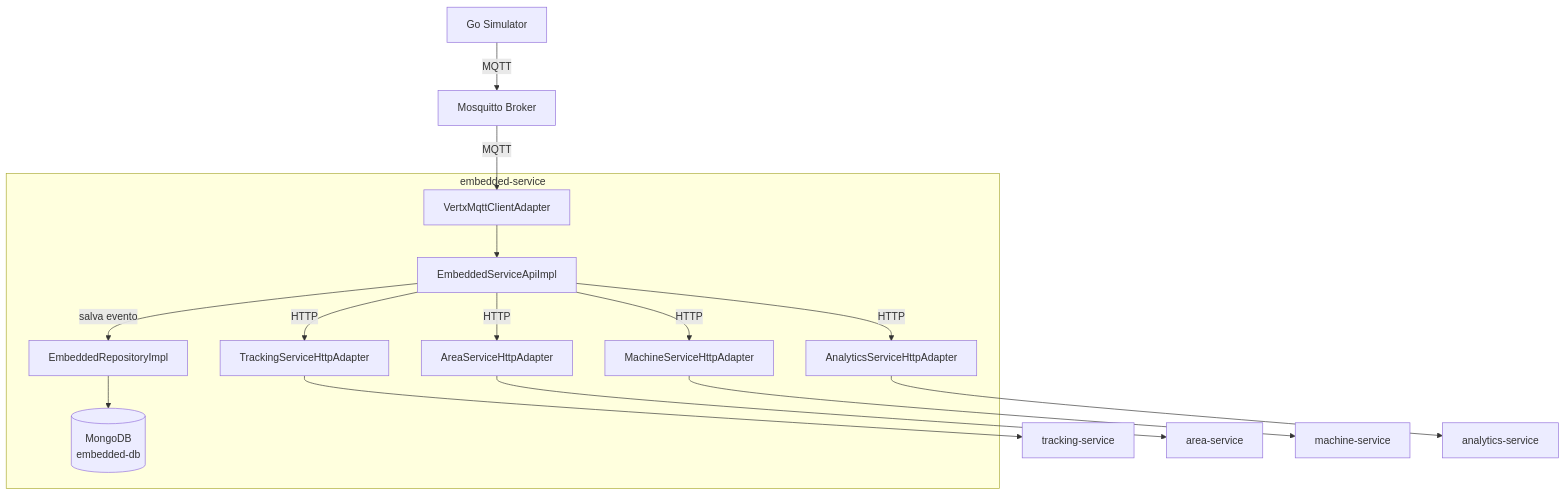
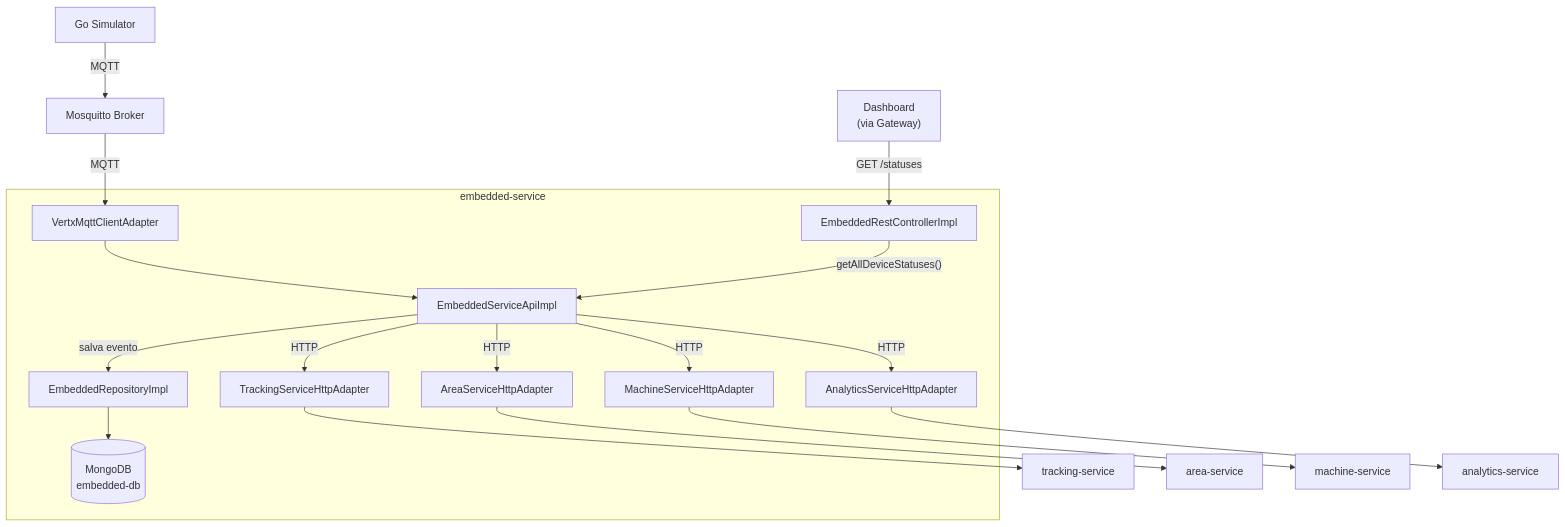
The ninth of 10 diagrams in docs/report/Implementation.md (piertv21/SmartGym-Monitor), drawn with Mermaid before and after one commit. The commit also changed other lines of this file and 1 other file, not shown here.

````diff
--- a/docs/report/Implementation.md
+++ b/docs/report/Implementation.md
@@ -257,20 +257,22 @@
 ```mermaid
 flowchart TD
     SIM["Go Simulator"] -->|"MQTT"| BROKER["Mosquitto Broker"]
     BROKER -->|"MQTT"| MQTT["VertxMqttClientAdapter"]
 
     subgraph embedded-service
         MQTT --> ESAPI["EmbeddedServiceApiImpl"]
         ESAPI -->|"HTTP"| TSP["TrackingServiceHttpAdapter"]
         ESAPI -->|"HTTP"| ASP["AreaServiceHttpAdapter"]
         ESAPI -->|"HTTP"| MSP["MachineServiceHttpAdapter"]
         ESAPI -->|"HTTP"| ANP["AnalyticsServiceHttpAdapter"]
         ESAPI -->|"salva evento"| REPO["EmbeddedRepositoryImpl"]
         REPO --> DB[(MongoDB\nembedded-db)]
+        CTRL["EmbeddedRestControllerImpl"] -->|"getAllDeviceStatuses()"| ESAPI
     end
 
+    DASH["Dashboard\n(via Gateway)"] -->|"GET /statuses"| CTRL
     TSP --> TRK[tracking-service]
     ASP --> AREA[area-service]
     MSP --> MACH[machine-service]
     ANP --> ANA[analytics-service]
 ```
````
